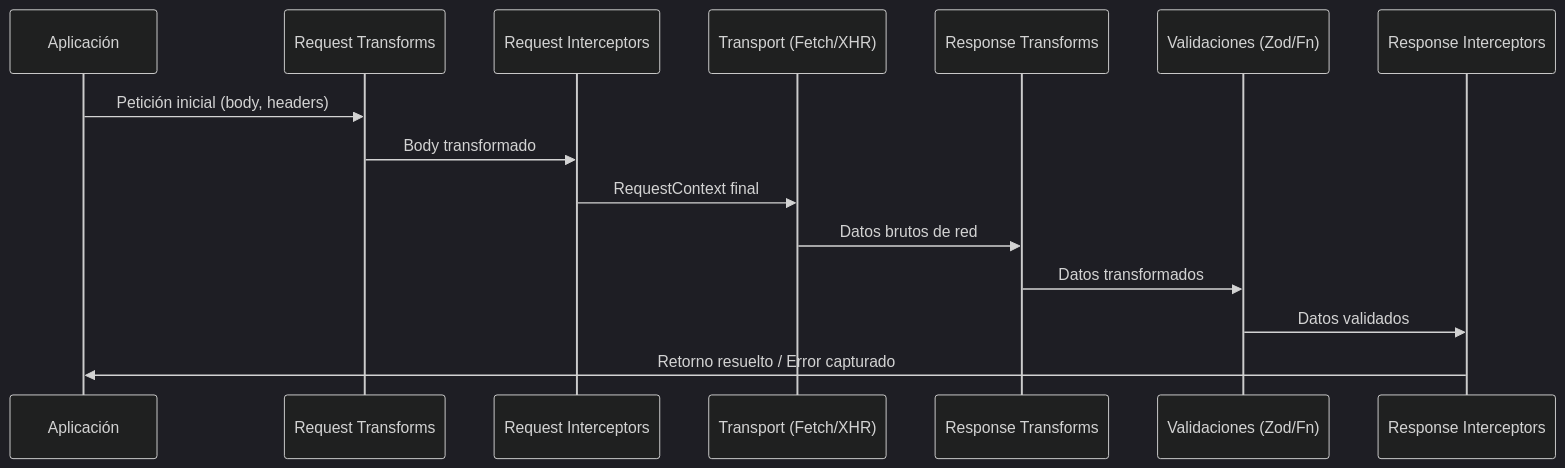
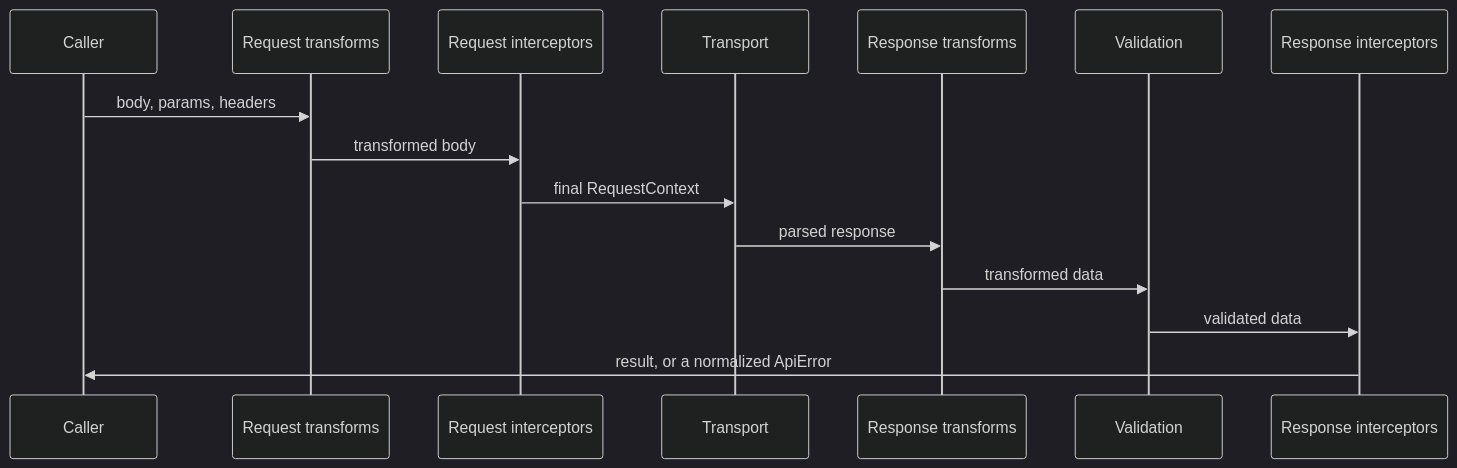
Before and after one commit to api-zero/api-zero: the second of 2 diagrams in apps/docs/content/docs/core/concepts.mdx, drawn with Mermaid (dark theme). The commit also changed other lines of this file and 5 other files, not shown here.

````diff
--- a/apps/docs/content/docs/core/concepts.mdx
+++ b/apps/docs/content/docs/core/concepts.mdx
@@ -68,18 +44,18 @@
 ```mermaid
 sequenceDiagram
-    participant Caller as Aplicación
-    participant Transforms as Request Transforms
-    participant InterceptorsReq as Request Interceptors
-    participant Transport as Transport (Fetch/XHR)
-    participant TransformsRes as Response Transforms
-    participant Validation as Validaciones (Zod/Fn)
-    participant InterceptorsRes as Response Interceptors
+    participant Caller
+    participant Transforms as Request transforms
+    participant ReqInt as Request interceptors
+    participant Transport
+    participant ResTransforms as Response transforms
+    participant Validation
+    participant ResInt as Response interceptors
 
-    Caller->>Transforms: Petición inicial (body, headers)
-    Transforms->>InterceptorsReq: Body transformado
-    InterceptorsReq->>Transport: RequestContext final
-    Transport->>TransformsRes: Datos brutos de red
-    TransformsRes->>Validation: Datos transformados
-    Validation->>InterceptorsRes: Datos validados
-    InterceptorsRes->>Caller: Retorno resuelto / Error capturado
+    Caller->>Transforms: body, params, headers
+    Transforms->>ReqInt: transformed body
+    ReqInt->>Transport: final RequestContext
+    Transport->>ResTransforms: parsed response
+    ResTransforms->>Validation: transformed data
+    Validation->>ResInt: validated data
+    ResInt->>Caller: result, or a normalized ApiError
 ```
````
